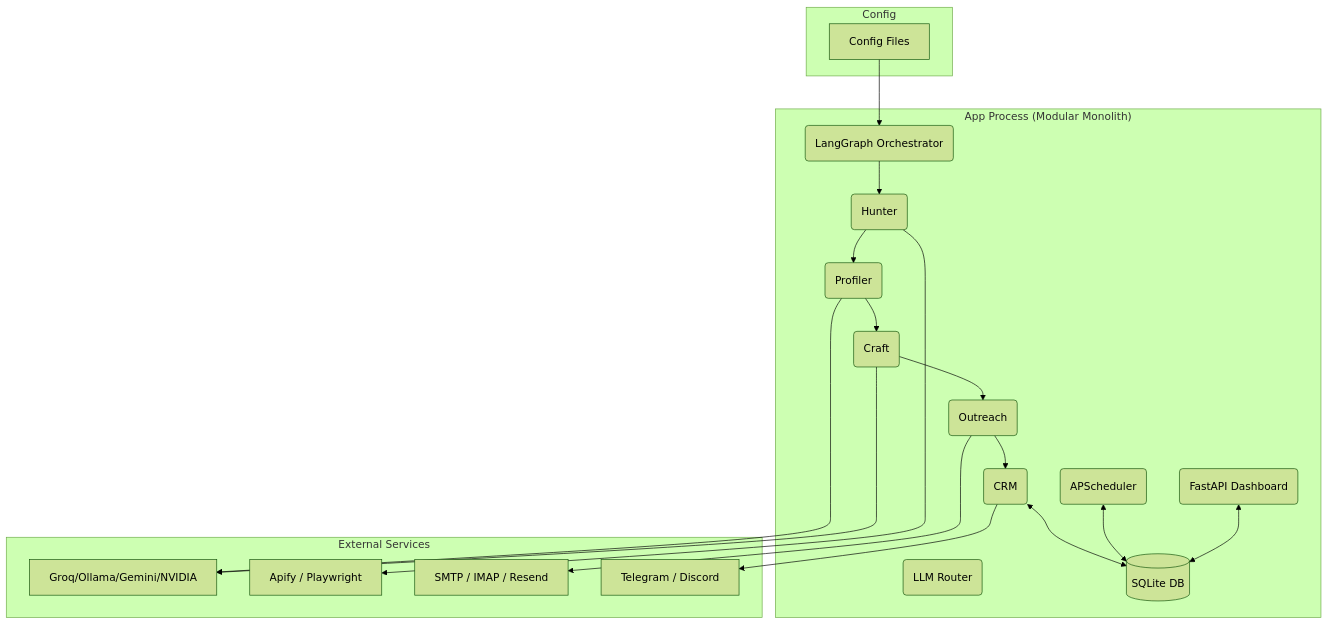
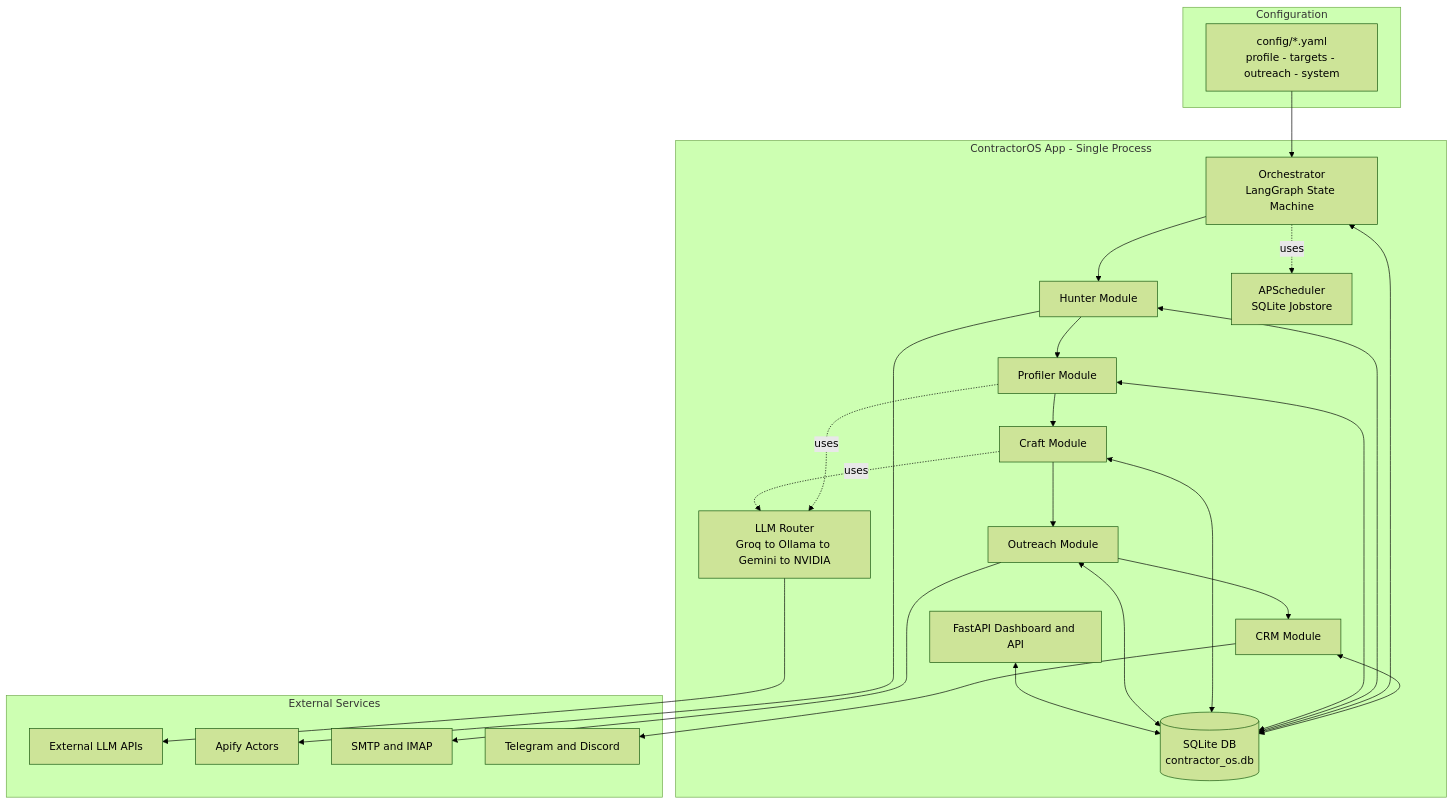
Before and after one commit to raghul-cyber/contractor-os: the second of 5 diagrams in README.md, drawn with Mermaid (forest theme). The commit also changed other lines of this file, not shown here.

Commit message:
docs: add full project README with architecture diagrams

````diff
--- a/README.md
+++ b/README.md
@@ -53,39 +69,45 @@
 ```mermaid
 flowchart TB
-    subgraph Config
-        YAML[Config Files]
+    subgraph Config["Configuration"]
+        CFG["config/*.yaml<br/>profile - targets - outreach - system"]
     end
 
-    subgraph "App Process (Modular Monolith)"
-        Orchestrator(LangGraph Orchestrator)
-        Hunter(Hunter)
-        Profiler(Profiler)
-        Craft(Craft)
-        Outreach(Outreach)
-        CRM(CRM)
-        
-        Router(LLM Router)
-        Scheduler(APScheduler)
-        Dashboard(FastAPI Dashboard)
-        
-        Orchestrator --> Hunter --> Profiler --> Craft --> Outreach
-        Outreach --> CRM
-        CRM <--> DB[(SQLite DB)]
-        Scheduler <--> DB
-        Dashboard <--> DB
+    subgraph App["ContractorOS App - Single Process"]
+        ORCH["Orchestrator<br/>LangGraph State Machine"]
+        HUNT["Hunter Module"]
+        PROF["Profiler Module"]
+        CRAFT["Craft Module"]
+        OUT["Outreach Module"]
+        CRM["CRM Module"]
+        DB[("SQLite DB<br/>contractor_os.db")]
+        ROUTER["LLM Router<br/>Groq to Ollama to Gemini to NVIDIA"]
+        SCHED["APScheduler<br/>SQLite Jobstore"]
+        API["FastAPI Dashboard and API"]
     end
 
-    subgraph "External Services"
-        LLM[Groq/Ollama/Gemini/NVIDIA]
-        Apify[Apify / Playwright]
-        Email[SMTP / IMAP / Resend]
-        Chat[Telegram / Discord]
+    subgraph External["External Services"]
+        LLM["External LLM APIs"]
+        APIFY["Apify Actors"]
+        SMTP["SMTP and IMAP"]
+        NOTIFY["Telegram and Discord"]
     end
-    
-    YAML --> Orchestrator
-    Profiler --> LLM
-    Craft --> LLM
-    Hunter --> Apify
-    Outreach --> Email
-    CRM --> Chat
+
+    CFG --> ORCH
+    ORCH --> HUNT --> PROF --> CRAFT --> OUT --> CRM
+    CRM <--> DB
+    ORCH <--> DB
+    HUNT <--> DB
+    PROF <--> DB
+    CRAFT <--> DB
+    OUT <--> DB
+
+    ROUTER --> LLM
+    HUNT --> APIFY
+    OUT --> SMTP
+    CRM --> NOTIFY
+
+    PROF -.uses.-> ROUTER
+    CRAFT -.uses.-> ROUTER
+    ORCH -.uses.-> SCHED
+    API <--> DB
 ```
````
